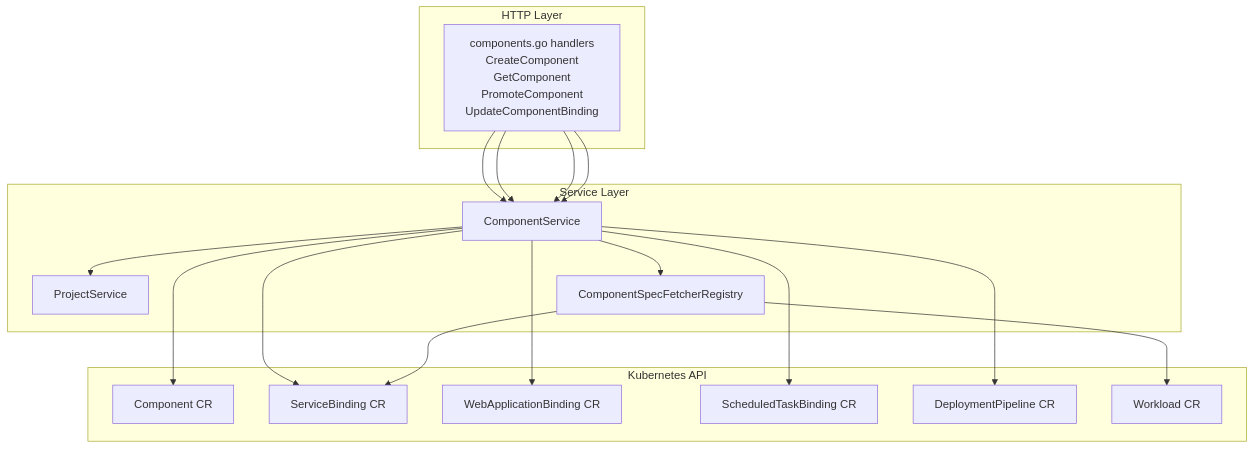
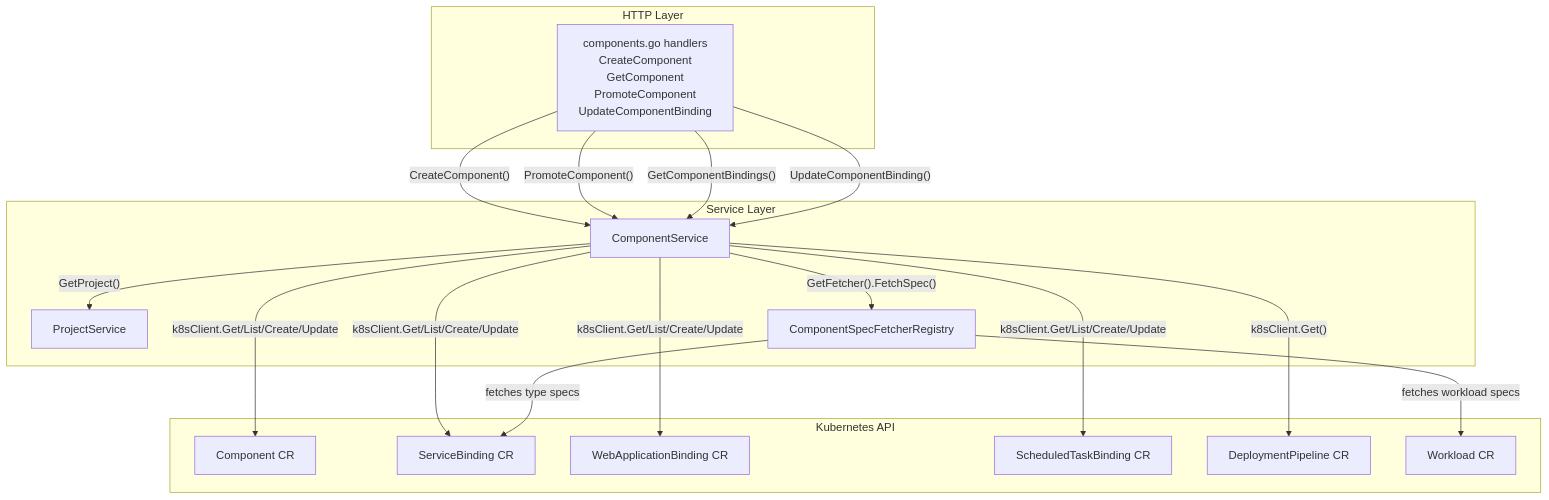
Before and after one commit to openchoreo/openchoreo: the first of 6 diagrams in docs/deepwiki/Component-Service.md, drawn with Mermaid. The commit also changed other lines of this file and 85 other files, not shown here.

Commit message:
feat: Add new workflow and specification templates, update Helm chart dependencies, and clarify documentation diagrams.

````diff
--- a/docs/deepwiki/Component-Service.md
+++ b/docs/deepwiki/Component-Service.md
@@ -45,47 +45,47 @@
 ```mermaid
 flowchart TD
 
 CompHandler["components.go handlers<br>CreateComponent<br>GetComponent<br>PromoteComponent<br>UpdateComponentBinding"]
 CompService["ComponentService"]
 ProjService["ProjectService"]
 SpecRegistry["ComponentSpecFetcherRegistry"]
 CompCR["Component CR"]
 ServiceBinding["ServiceBinding CR"]
 WebAppBinding["WebApplicationBinding CR"]
 SchedBinding["ScheduledTaskBinding CR"]
 Pipeline["DeploymentPipeline CR"]
 Workload["Workload CR"]
 
-CompHandler --> CompService
-CompHandler --> CompService
-CompHandler --> CompService
-CompHandler --> CompService
-CompService --> CompCR
-CompService --> ServiceBinding
-CompService --> WebAppBinding
-CompService --> SchedBinding
-CompService --> Pipeline
-SpecRegistry --> ServiceBinding
-SpecRegistry --> Workload
+CompHandler -->|"CreateComponent()"| CompService
+CompHandler -->|"PromoteComponent()"| CompService
+CompHandler -->|"GetComponentBindings()"| CompService
+CompHandler -->|"UpdateComponentBinding()"| CompService
+CompService -->|"k8sClient.Get/List/Create/Update"| CompCR
+CompService -->|"k8sClient.Get/List/Create/Update"| ServiceBinding
+CompService -->|"k8sClient.Get/List/Create/Update"| WebAppBinding
+CompService -->|"k8sClient.Get/List/Create/Update"| SchedBinding
+CompService -->|"k8sClient.Get()"| Pipeline
+SpecRegistry -->|"fetches type specs"| ServiceBinding
+SpecRegistry -->|"fetches workload specs"| Workload
 
 subgraph subGraph2 ["Kubernetes API"]
     CompCR
     ServiceBinding
     WebAppBinding
     SchedBinding
     Pipeline
     Workload
 end
 
 subgraph subGraph1 ["Service Layer"]
     CompService
     ProjService
     SpecRegistry
-    CompService --> ProjService
-    CompService --> SpecRegistry
+    CompService -->|"GetProject()"| ProjService
+    CompService -->|"GetFetcher().FetchSpec()"| SpecRegistry
 end
 
 subgraph subGraph0 ["HTTP Layer"]
     CompHandler
 end
 ```
````
